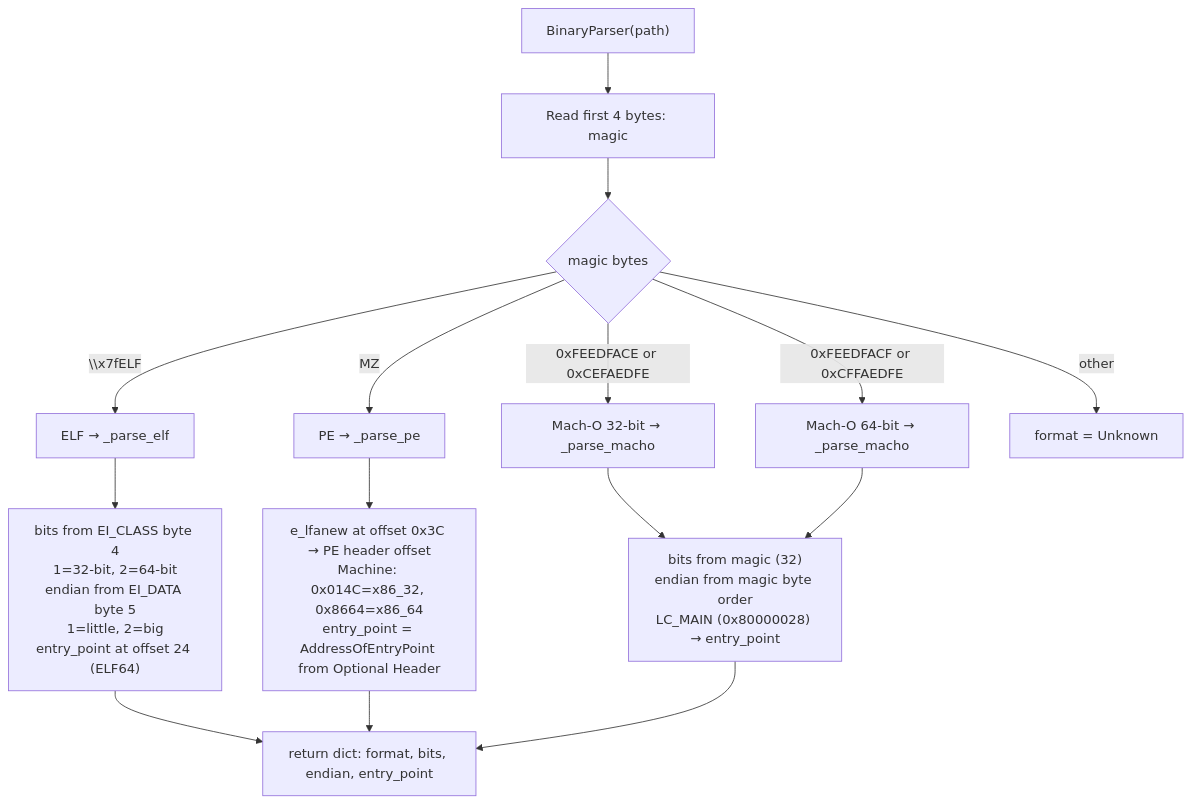
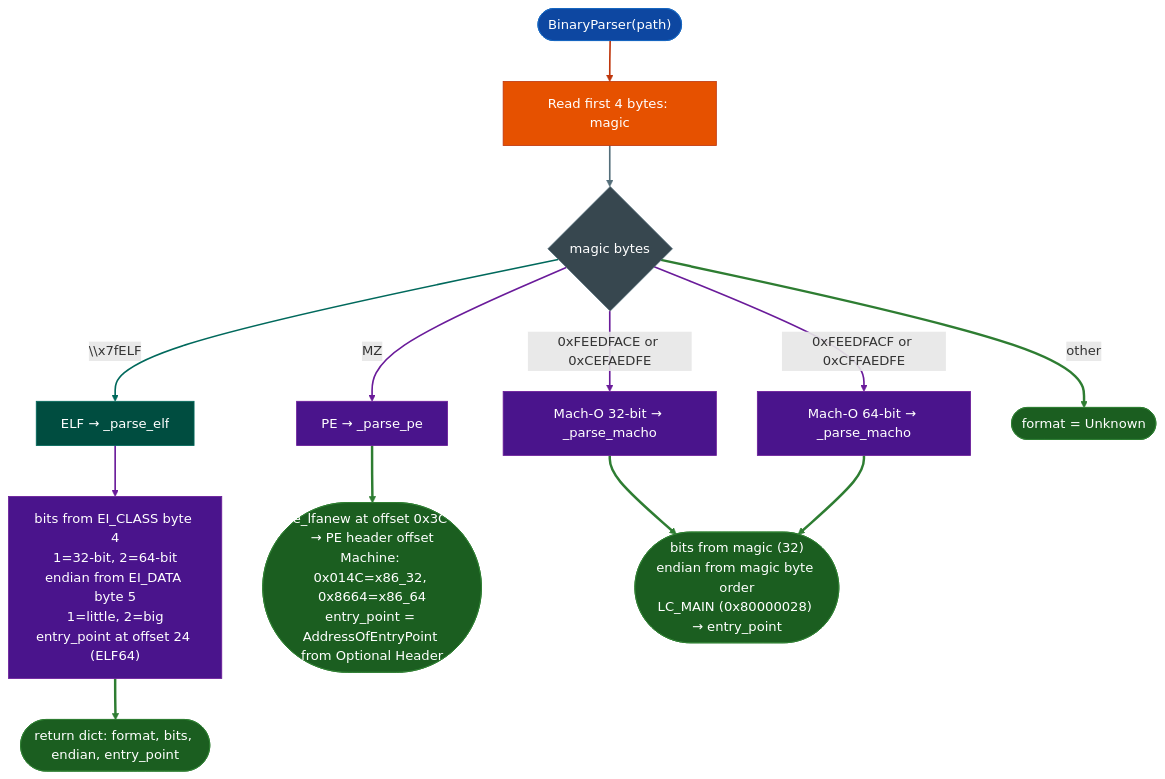
Before and after one commit to Ablation-Tool/ablation: the diagram in docs/reference-modules/binary-format-and-platform-identification.md, drawn with Mermaid. The commit also changed 320 other files, not shown here.

First line of the commit message:
docs: apply canonical Mermaid template to all 321 diagrams

````diff
--- a/docs/reference-modules/binary-format-and-platform-identification.md
+++ b/docs/reference-modules/binary-format-and-platform-identification.md
@@ -19,15 +19,33 @@
 ```mermaid
 flowchart TD
-    A["BinaryParser(path)"] --> B[Read first 4 bytes: magic]
-    B --> C{magic bytes}
-    C -->|"\\x7fELF"| D[ELF → _parse_elf]
-    C -->|"MZ"| E[PE → _parse_pe]
-    C -->|0xFEEDFACE or 0xCEFAEDFE| F[Mach-O 32-bit → _parse_macho]
-    C -->|0xFEEDFACF or 0xCFFAEDFE| G[Mach-O 64-bit → _parse_macho]
-    C -->|other| H[format = Unknown]
-    D --> I["bits from EI_CLASS byte 4\n1=32-bit, 2=64-bit\nendian from EI_DATA byte 5\n1=little, 2=big\nentry_point at offset 24 (ELF64)"]
-    E --> J["e_lfanew at offset 0x3C → PE header offset\nMachine: 0x014C=x86_32, 0x8664=x86_64\nentry_point = AddressOfEntryPoint from Optional Header"]
-    F --> K["bits from magic (32)\nendian from magic byte order\nLC_MAIN (0x80000028) → entry_point"]
-    G --> K
-    I & J & K --> L["return dict: format, bits, endian, entry_point"]
+    A(["BinaryParser(path)"]):::input --> B["Read first 4 bytes: magic"]:::primary
+    B:::primary --> C{"magic bytes"}:::neutral
+    C:::neutral -->|"\\x7fELF"| D["ELF → _parse_elf"]:::secondary
+    C:::neutral -->|"MZ"| E["PE → _parse_pe"]:::tertiary
+    C:::neutral -->|0xFEEDFACE or 0xCEFAEDFE| F["Mach-O 32-bit → _parse_macho"]:::tertiary
+    C:::neutral -->|0xFEEDFACF or 0xCFFAEDFE| G["Mach-O 64-bit → _parse_macho"]:::tertiary
+    C:::neutral -->|other| H(["format = Unknown"]):::output
+    D:::secondary --> I["bits from EI_CLASS byte 4\n1=32-bit, 2=64-bit\nendian from EI_DATA byte 5\n1=little, 2=big\nentry_point at offset 24 (ELF64)"]:::tertiary
+    E:::tertiary --> J(["e_lfanew at offset 0x3C → PE header offset\nMachine: 0x014C=x86_32, 0x8664=x86_64\nentry_point = AddressOfEntryPoint from Optional Header"]):::output
+    F:::tertiary --> K(["bits from magic (32)\nendian from magic byte order\nLC_MAIN (0x80000028) → entry_point"]):::output
+    G:::tertiary --> K:::output
+    I:::tertiary --> L(["return dict: format, bits, endian, entry_point"]):::output
+    classDef input     fill:#0d47a1,stroke:#1565c0,color:#fff
+    classDef primary   fill:#e65100,stroke:#bf360c,color:#fff
+    classDef secondary fill:#004d40,stroke:#00695c,color:#fff
+    classDef tertiary  fill:#4a148c,stroke:#6a1b9a,color:#fff
+    classDef neutral   fill:#37474f,stroke:#546e7a,color:#fff
+    classDef output    fill:#1b5e20,stroke:#2e7d32,color:#fff
+    linkStyle 0 stroke:#bf360c,stroke-width:2px
+    linkStyle 1 stroke:#546e7a,stroke-width:2px
+    linkStyle 2 stroke:#00695c,stroke-width:2px
+    linkStyle 3 stroke:#6a1b9a,stroke-width:2px
+    linkStyle 4 stroke:#6a1b9a,stroke-width:2px
+    linkStyle 5 stroke:#6a1b9a,stroke-width:2px
+    linkStyle 6 stroke:#2e7d32,stroke-width:3px
+    linkStyle 7 stroke:#6a1b9a,stroke-width:2px
+    linkStyle 8 stroke:#2e7d32,stroke-width:3px
+    linkStyle 9 stroke:#2e7d32,stroke-width:3px
+    linkStyle 10 stroke:#2e7d32,stroke-width:3px
+    linkStyle 11 stroke:#2e7d32,stroke-width:3px
 ```
````
